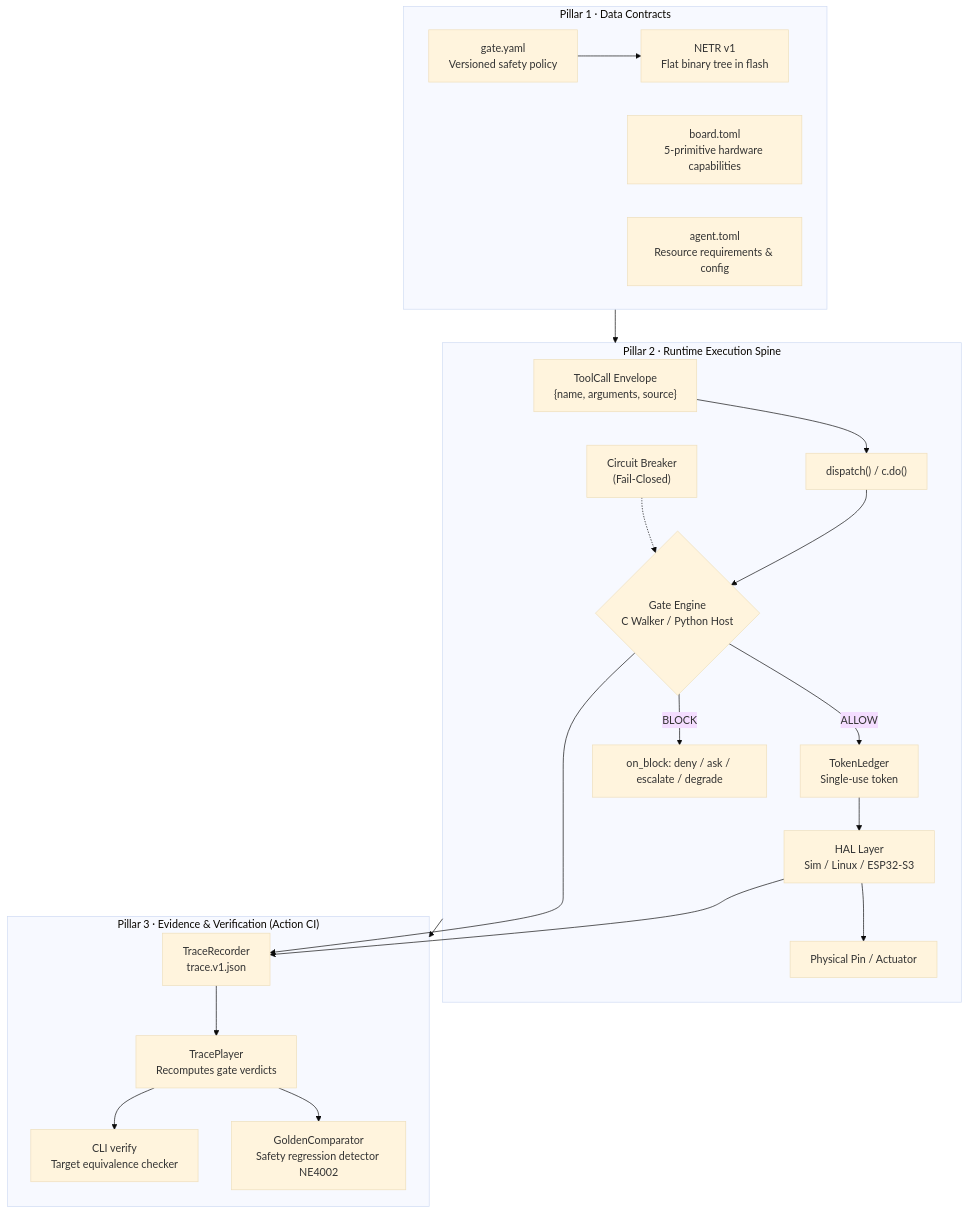
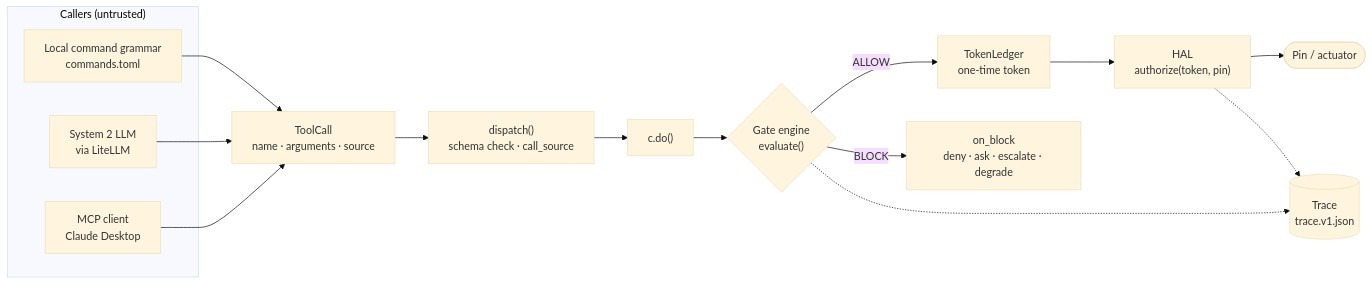
One commit to letrongminh/neuroedge-init changed the diagram in docs/architecture/en/00-overview.md. Above: the diagram before and after it, drawn with Mermaid (base theme). The commit also changed other lines of this file and 63 other files, not shown here.

First line of the commit message:
docs(architecture): rebuild the suite from main — C4 L1–L4, deployment, ADR, NFR, VI/EN

````diff
--- a/docs/architecture/en/00-overview.md
+++ b/docs/architecture/en/00-overview.md
@@ -38,40 +21,26 @@
 ```mermaid
-flowchart TB
-    subgraph pillar1["Pillar 1 · Data Contracts"]
-        G["gate.yaml<br/>Versioned safety policy"]
-        B["board.toml<br/>5-primitive hardware capabilities"]
-        A["agent.toml<br/>Resource requirements & config"]
-        N["NETR v1<br/>Flat binary tree in flash"]
-        G --> N
+flowchart LR
+    subgraph Sources["Callers (untrusted)"]
+        G["Local command grammar<br/>commands.toml"]
+        S2["System 2 LLM<br/>via LiteLLM"]
+        MCP["MCP client<br/>Claude Desktop"]
     end
+    TC["ToolCall<br/>name · arguments · source"]
+    D["dispatch()<br/>schema check · call_source"]
+    DO["c.do()"]
+    GATE{"Gate engine<br/>evaluate()"}
+    TOK["TokenLedger<br/>one-time token"]
+    HAL["HAL<br/>authorize(token, pin)"]
+    PIN(["Pin / actuator"])
+    OB["on_block<br/>deny · ask · escalate · degrade"]
+    TR[("Trace<br/>trace.v1.json")]
 
-    subgraph pillar2["Pillar 2 · Runtime Execution Spine"]
-        TC["ToolCall Envelope<br/>{name, arguments, source}"]
-        DISP["dispatch() / c.do()"]
-        ENG{"Gate Engine<br/>C Walker / Python Host"}
-        CB["Circuit Breaker<br/>(Fail-Closed)"]
-        TL["TokenLedger<br/>Single-use token"]
-        HAL["HAL Layer<br/>Sim / Linux / ESP32-S3"]
-        PIN["Physical Pin / Actuator"]
-
-        TC --> DISP --> ENG
-        CB -.-> ENG
-        ENG -- "ALLOW" --> TL --> HAL --> PIN
-        ENG -- "BLOCK" --> OB["on_block: deny / ask / escalate / degrade"]
-    end
-
-    subgraph pillar3["Pillar 3 · Evidence & Verification (Action CI)"]
-        REC["TraceRecorder<br/>trace.v1.json"]
-        PLAY["TracePlayer<br/>Recomputes gate verdicts"]
-        VER["CLI verify<br/>Target equivalence checker"]
-        GOLD["GoldenComparator<br/>Safety regression detector NE4002"]
-
-        ENG --> REC
-        HAL --> REC
-        REC --> PLAY --> GOLD
-        PLAY --> VER
-    end
-
-    pillar1 --> pillar2
-    pillar2 --> pillar3
+    G --> TC
+    S2 --> TC
+    MCP --> TC
+    TC --> D --> DO --> GATE
+    GATE -- ALLOW --> TOK --> HAL --> PIN
+    GATE -- BLOCK --> OB
+    GATE -.-> TR
+    HAL -.-> TR
 ```
````
